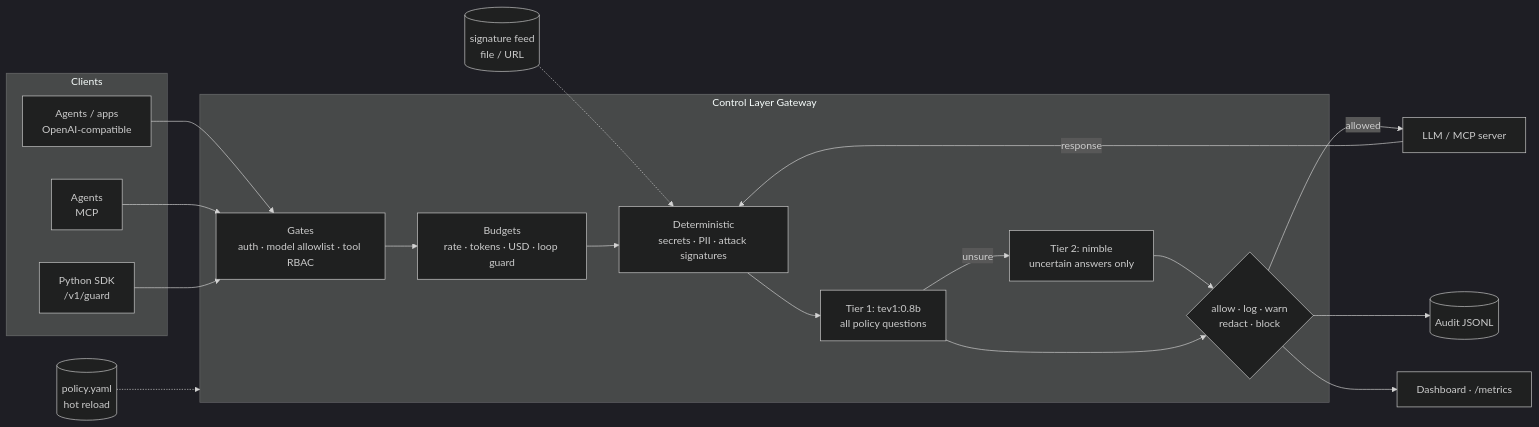
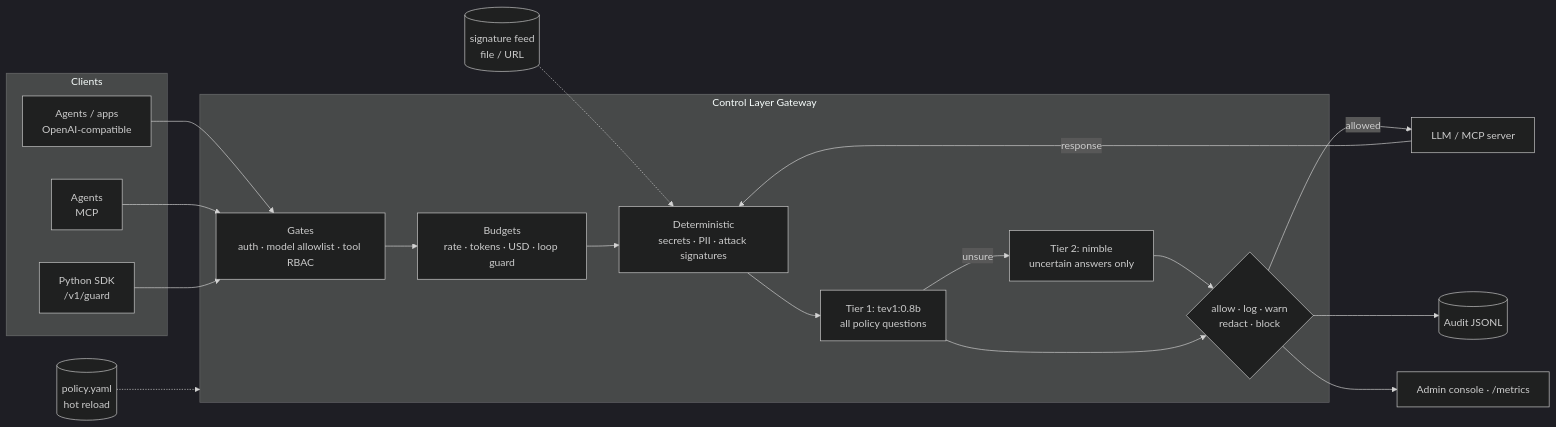
One commit to HackNuggets2026/Shpont-Shield-Unified changed the diagram in README.md. Above: the diagram before and after it, drawn with Mermaid (dark theme). The commit also changed other lines of this file and 5 other files, not shown here.

Commit message:
Docs: match the admin console (page list, Traps page, no employee portal, legacy only under /legacy/, audit export formats), credit the team apps

````diff
--- a/README.md
+++ b/README.md
@@ -5,23 +5,23 @@
 ```mermaid
 flowchart LR
   subgraph Clients
     A[Agents / apps<br/>OpenAI-compatible]
     M[Agents<br/>MCP]
     S[Python SDK<br/>/v1/guard]
   end
   subgraph Gateway[Control Layer Gateway]
     G[Gates<br/>auth · model allowlist · tool RBAC]
     B[Budgets<br/>rate · tokens · USD · loop guard]
     D[Deterministic<br/>secrets · PII · attack signatures]
     T1[Tier 1: tev1:0.8b<br/>all policy questions]
     T2[Tier 2: nimble<br/>uncertain answers only]
     V{allow · log · warn<br/>redact · block}
   end
   P[(policy.yaml<br/>hot reload)] -.-> Gateway
   F[(signature feed<br/>file / URL)] -.-> D
   A & M & S --> G --> B --> D --> T1 -->|unsure| T2 --> V
   T1 --> V
   V -->|allowed| U[LLM / MCP server]
   U -->|response| D
-  V --> L[(Audit JSONL)] & K[Dashboard · /metrics]
+  V --> L[(Audit JSONL)] & K[Admin console · /metrics]
 ```
````
